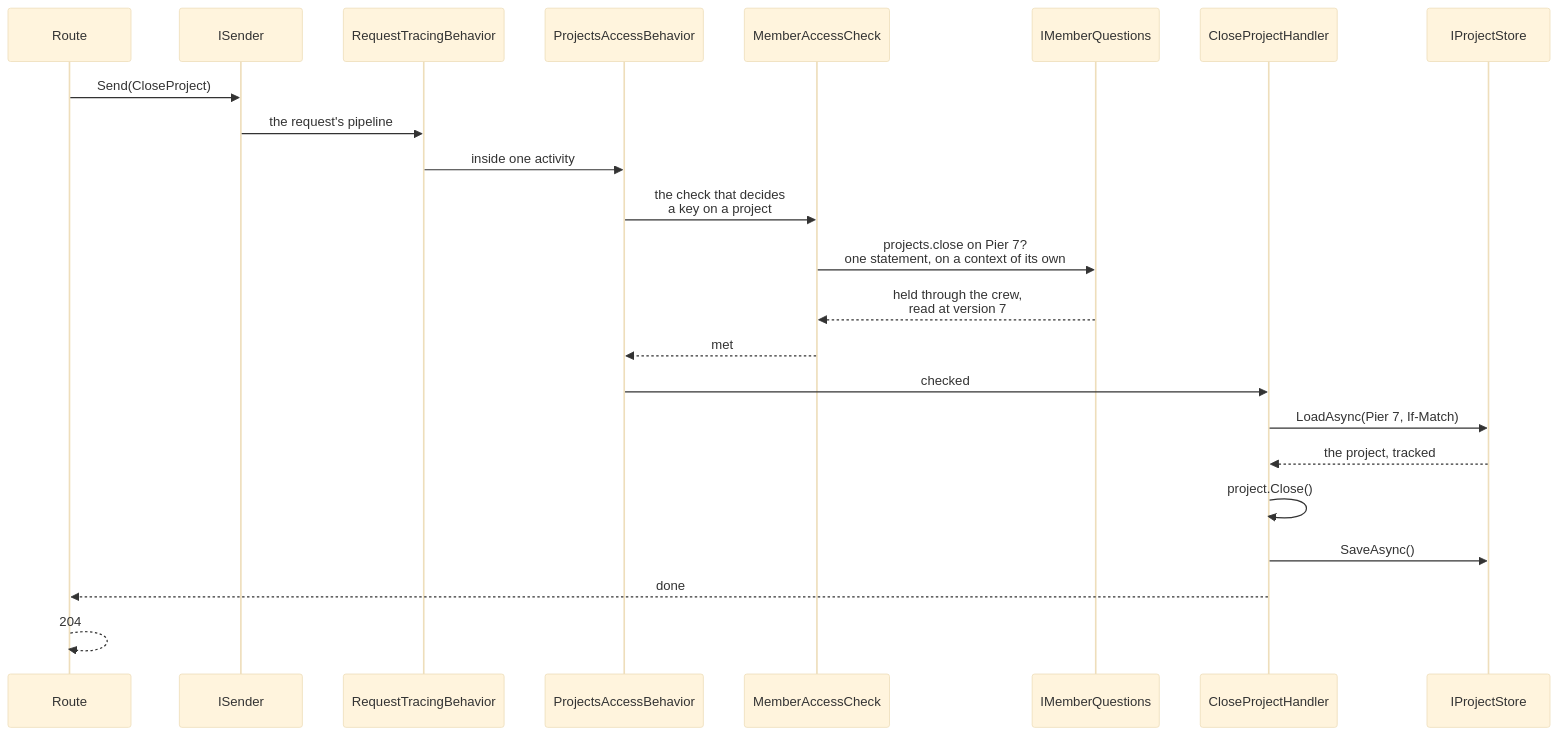
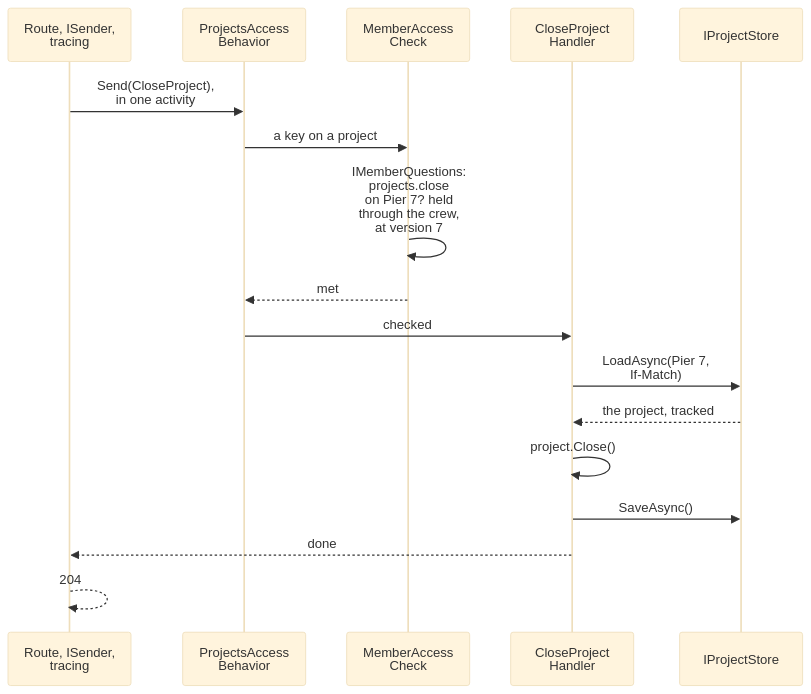
One commit to DylanSnel/DDDToolkit changed diagram 14 of 22 in docs/tenancy.md. Above: the diagram before and after it, drawn with Mermaid (base theme). The commit also changed other lines of this file and 9 other files, not shown here.

````diff
--- a/docs/tenancy.md
+++ b/docs/tenancy.md
@@ -2161,26 +2161,20 @@
 ```mermaid
 sequenceDiagram
-    participant Route
-    participant ISender
-    participant RequestTracing as RequestTracingBehavior
-    participant Behavior as ProjectsAccessBehavior
-    participant Check as MemberAccessCheck
-    participant Questions as IMemberQuestions
-    participant Handler as CloseProjectHandler
-    participant IProjectStore
+    participant Route as Route, ISender,<br/>tracing
+    participant Behavior as ProjectsAccess<br/>Behavior
+    participant Check as MemberAccess<br/>Check
+    participant Handler as CloseProject<br/>Handler
+    participant Store as IProjectStore
 
-    Route->>ISender: Send(CloseProject)
-    ISender->>RequestTracing: the request's pipeline
-    RequestTracing->>Behavior: inside one activity
-    Behavior->>Check: the check that decides<br/>a key on a project
-    Check->>Questions: projects.close on Pier 7?<br/>one statement, on a context of its own
-    Questions-->>Check: held through the crew,<br/>read at version 7
+    Route->>Behavior: Send(CloseProject),<br/>in one activity
+    Behavior->>Check: a key on a project
+    Check->>Check: IMemberQuestions:<br/>projects.close<br/>on Pier 7? held<br/>through the crew,<br/>at version 7
     Check-->>Behavior: met
     Behavior->>Handler: checked
-    Handler->>IProjectStore: LoadAsync(Pier 7, If-Match)
-    IProjectStore-->>Handler: the project, tracked
+    Handler->>Store: LoadAsync(Pier 7,<br/>If-Match)
+    Store-->>Handler: the project, tracked
     Handler->>Handler: project.Close()
-    Handler->>IProjectStore: SaveAsync()
+    Handler->>Store: SaveAsync()
     Handler-->>Route: done
     Route-->>Route: 204
 ```
````
